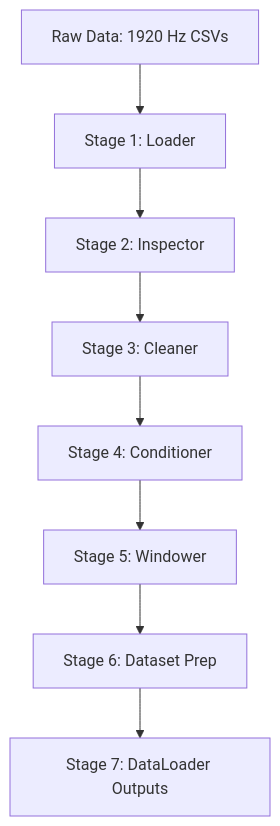
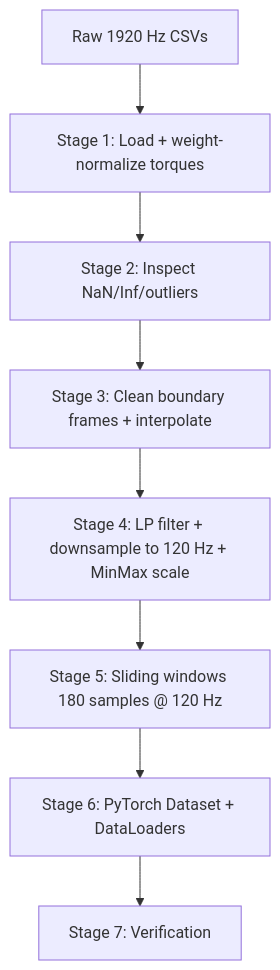
The second of 2 diagrams in README.md (GM-10/healthy-gait-anomaly-detection), drawn with Mermaid before and after one commit. The commit also changed other lines of this file and 22 other files, not shown here.

````diff
--- a/README.md
+++ b/README.md
@@ -63,10 +157,10 @@
 ```mermaid
 graph TD
-    A[Raw Data: 1920 Hz CSVs] --> B[Stage 1: Loader]
-    B --> C[Stage 2: Inspector]
-    C --> D[Stage 3: Cleaner]
-    D --> E[Stage 4: Conditioner]
-    E --> F[Stage 5: Windower]
-    F --> G[Stage 6: Dataset Prep]
-    G --> H[Stage 7: DataLoader Outputs]
+    A[Raw 1920 Hz CSVs] --> B[Stage 1: Load + weight-normalize torques]
+    B --> C[Stage 2: Inspect NaN/Inf/outliers]
+    C --> D[Stage 3: Clean boundary frames + interpolate]
+    D --> E[Stage 4: LP filter + downsample to 120 Hz + MinMax scale]
+    E --> F[Stage 5: Sliding windows 180 samples @ 120 Hz]
+    F --> G[Stage 6: PyTorch Dataset + DataLoaders]
+    G --> H[Stage 7: Verification]
 ```
````
